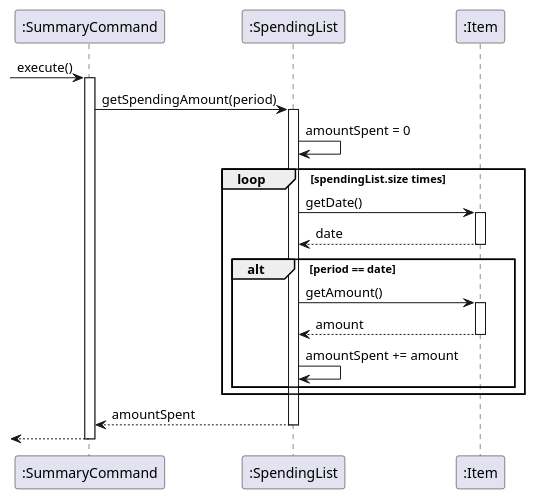
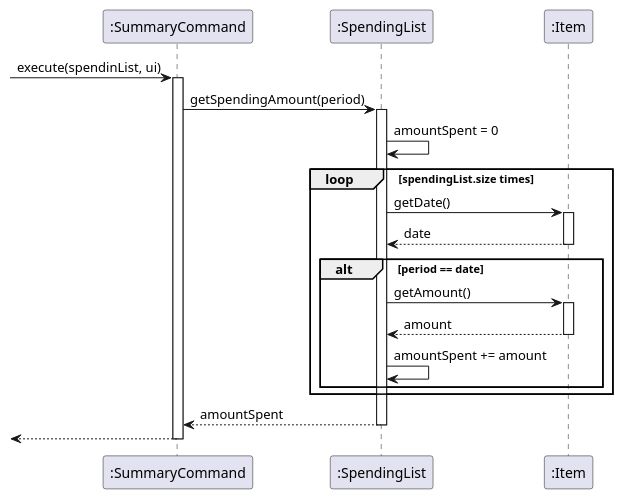
One commit to xieyaoyue/tp changed the diagram in src/uml/summary.puml. Above: the diagram before and after it, drawn with PlantUML. The commit also changed 1 other file, not shown here.

Commit message:
edit uml diagram

```diff
--- a/src/uml/summary.puml
+++ b/src/uml/summary.puml
@@ -1,35 +1,35 @@
 @startuml
--> ":SummaryCommand": execute()
+-> ":SummaryCommand": execute(spendinList, ui)
 activate ":SummaryCommand"
 
 ":SummaryCommand" -> ":SpendingList": getSpendingAmount(period)
 activate ":SpendingList"
 
 ":SpendingList" -> ":SpendingList": amountSpent = 0
 
 loop spendingList.size times
 
 
 ":SpendingList" -> ":Item": getDate()
 activate ":Item"
 ":Item" --> ":SpendingList": date
 deactivate ":Item"
 
 alt period == date
 ":SpendingList" -> ":Item": getAmount()
 activate ":Item"
 ":Item" --> ":SpendingList": amount
 deactivate ":Item"
 
 ":SpendingList" -> ":SpendingList": amountSpent += amount
 
 end
 
 end
 
 ":SpendingList" --> ":SummaryCommand": amountSpent
 deactivate ":SpendingList"
 
 <-- ":SummaryCommand"
 deactivate ":SummaryCommand"
 @enduml
```
